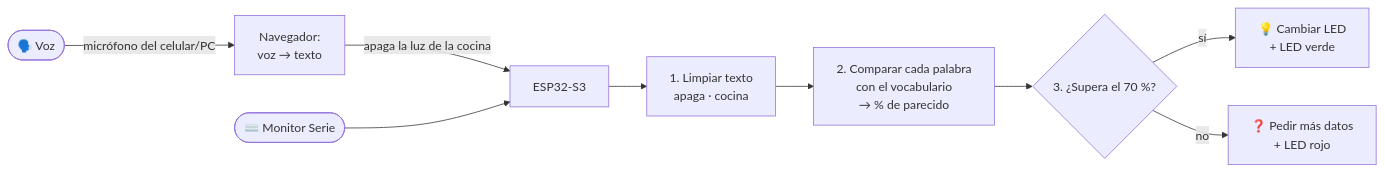
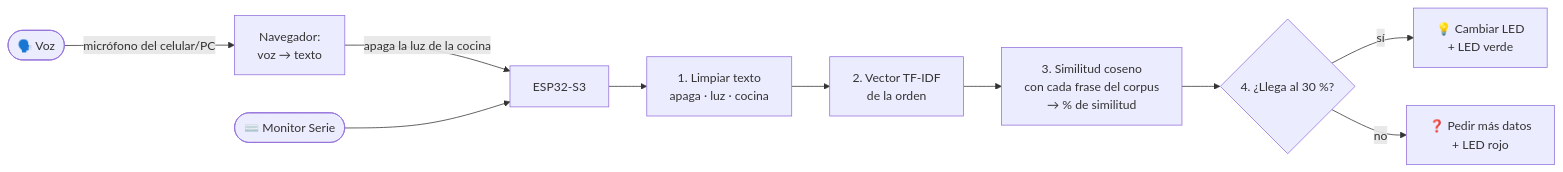
Before and after one commit to MainRDSniper09/ESP32-IA: the diagram in README.md, drawn with Mermaid. The commit also changed other lines of this file and 5 other files, not shown here.

First line of the commit message:
feat: interpretar las órdenes con el algoritmo TF-IDF

````diff
--- a/README.md
+++ b/README.md
@@ -58,11 +61,12 @@
 ```mermaid
 flowchart LR
     A([🗣️ Voz]) -->|micrófono del celular/PC| B[Navegador:<br/>voz → texto]
     B -->|"apaga la luz de la cocina"| C[ESP32-S3]
     K([⌨️ Monitor Serie]) --> C
-    C --> D[1. Limpiar texto<br/>apaga · cocina]
-    D --> E[2. Comparar cada palabra<br/>con el vocabulario<br/>→ % de parecido]
-    E --> F{3. ¿Supera el 70 %?}
+    C --> D[1. Limpiar texto<br/>apaga · luz · cocina]
+    D --> E[2. Vector TF-IDF<br/>de la orden]
+    E --> E2[3. Similitud coseno<br/>con cada frase del corpus<br/>→ % de similitud]
+    E2 --> F{4. ¿Llega al 30 %?}
     F -->|sí| G[💡 Cambiar LED<br/>+ LED verde]
     F -->|no| H[❓ Pedir más datos<br/>+ LED rojo]
 ```
````
